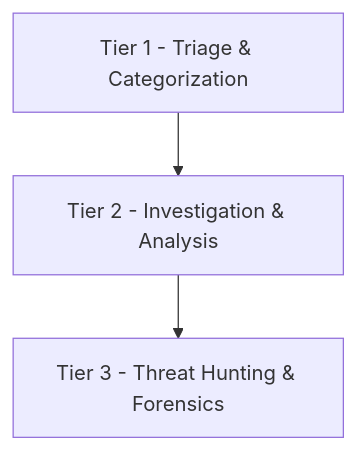
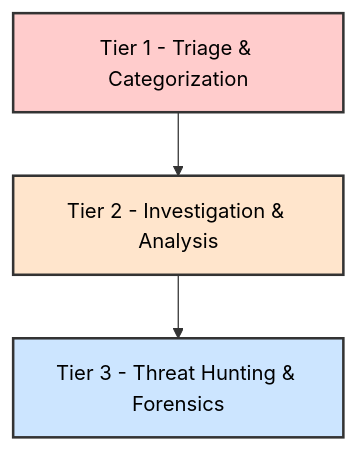
One commit to manojxshrestha/SOC-Analyst-Cheatsheet changed diagram 26 of 29 in 1-Incident-Handling-Process/README.md. Above: the diagram before and after it, drawn with Mermaid. The commit also changed other lines of this file, not shown here.

````diff
--- a/1-Incident-Handling-Process/README.md
+++ b/1-Incident-Handling-Process/README.md
@@ -1202,9 +1230,13 @@
 ```mermaid
 graph TD
     Tier_1 --> Tier_2
     Tier_2 --> Tier_3
-    
+
     Tier_1[Tier 1 - Triage & Categorization]
     Tier_2[Tier 2 - Investigation & Analysis]
     Tier_3[Tier 3 - Threat Hunting & Forensics]
+
+    style Tier_1 fill:#ffcccc,stroke:#333,stroke-width:2px,color:#000
+    style Tier_2 fill:#ffe5cc,stroke:#333,stroke-width:2px,color:#000
+    style Tier_3 fill:#cce5ff,stroke:#333,stroke-width:2px,color:#000
 ```
````
